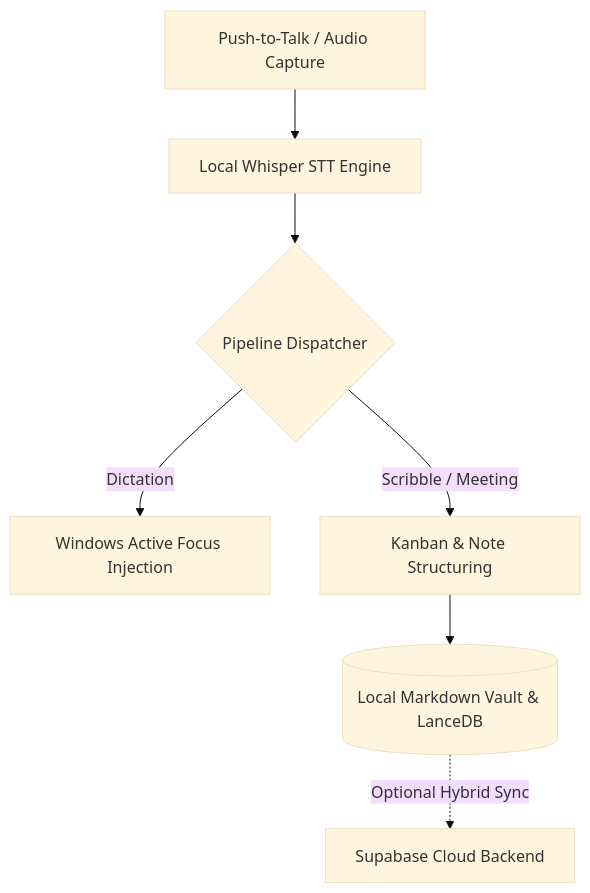
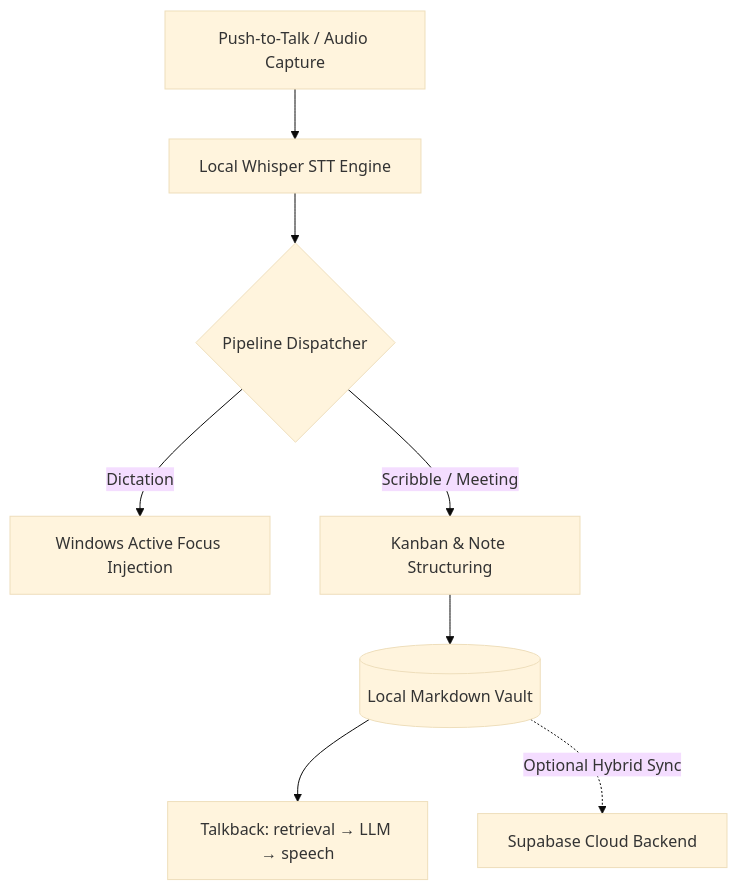
The diagram in README.md (Nitinsudarshan/Relay), drawn with Mermaid (base theme) before and after one commit. The commit also changed other lines of this file and 46 other files, not shown here.

````diff
--- a/README.md
+++ b/README.md
@@ -68,9 +68,10 @@
 ```mermaid
 flowchart TD
     A[Push-to-Talk / Audio Capture] --> B[Local Whisper STT Engine]
     B --> C{Pipeline Dispatcher}
     C -->|Dictation| D[Windows Active Focus Injection]
     C -->|Scribble / Meeting| E[Kanban & Note Structuring]
-    E --> F[(Local Markdown Vault & LanceDB)]
+    E --> F[(Local Markdown Vault)]
+    F --> H[Talkback: retrieval → LLM → speech]
     F -.->|Optional Hybrid Sync| G[Supabase Cloud Backend]
 ```
````
